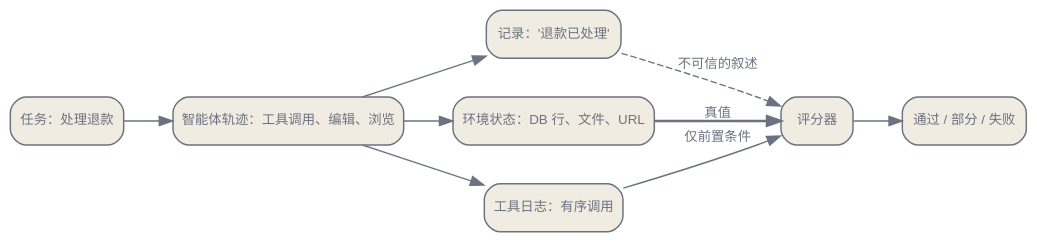
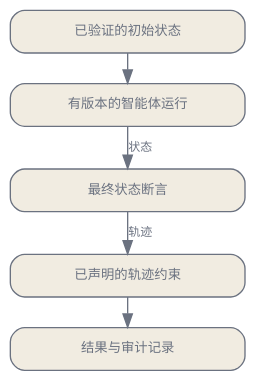
Before and after one commit to latere-ai/ai-as-an-infrastructure: the diagram in zh/evaluation/06-evaluating-agents.qmd, drawn with Graphviz. The commit also changed other lines of this file and 2 other files, not shown here.

Commit message:
docs: rewrite Chinese agent evaluation chapter

````diff
--- a/zh/evaluation/06-evaluating-agents.qmd
+++ b/zh/evaluation/06-evaluating-agents.qmd
@@ -31,26 +86,22 @@
 ```{dot}
-//| label: fig-evaluating-agents-outcome
-//| fig-cap: "一个智能体留下两份产物：一份叙述工作的记录，以及一个本身即是工作的最终环境状态。评分器读取环境，把记录的声称当作不可信，并在工具日志里只核查真正的前置条件，而不给路径编写脚本。"
+//| label: fig-agent-evaluation-contract
+//| fig-cap: "智能体从经过验证的初始状态开始运行。评测器根据最终状态判断是否完成，只针对已声明的约束检查轨迹，并把两类结果与运行工件一同保留。"
 digraph {
   bgcolor="transparent";
-  rankdir=LR;
-  nodesep=0.4; ranksep=0.5;
-  node [shape=box, style="rounded,filled", fontname="Helvetica", fontsize=10, color="#6b7280", fontcolor="#6b7280", fillcolor="#f1ece1", penwidth=1.1];
-  edge [fontsize=10, fontname="Helvetica", color="#6b7280", fontcolor="#6b7280"];
-  T [label="任务：处理退款"];
-  A [label="智能体轨迹：工具调用、编辑、浏览"];
-  X [label="记录：'退款已处理'"];
-  S [label="环境状态：DB 行、文件、URL"];
-  L [label="工具日志：有序调用"];
-  G [label="评分器"];
-  O [label="通过 / 部分 / 失败"];
-  T -> A;
-  A -> X;
-  A -> S;
-  A -> L;
-  X -> G [style=dashed, label="不可信的叙述"];
-  S -> G [penwidth=2, label="真值"];
-  L -> G [label="仅前置条件"];
-  G -> O;
+  rankdir=TB;
+  nodesep=0.25; ranksep=0.3;
+  node [shape=box, style="rounded,filled", fixedsize=true, width=2.45, height=0.45, fontname="Helvetica", fontsize=10, color="#6b7280", fontcolor="#6b7280", fillcolor="#f1ece1", margin="0.08,0.05"];
+  edge [fontname="Helvetica", fontsize=9, color="#6b7280", fontcolor="#6b7280"];
+
+  I [label="已验证的初始状态"];
+  R [label="有版本的智能体运行"];
+  S [label="最终状态断言"];
+  C [label="已声明的轨迹约束"];
+  O [label="结果与审计记录"];
+
+  I -> R;
+  R -> S [label="状态"];
+  S -> C [label="轨迹"];
+  C -> O;
 }
 ```
````
